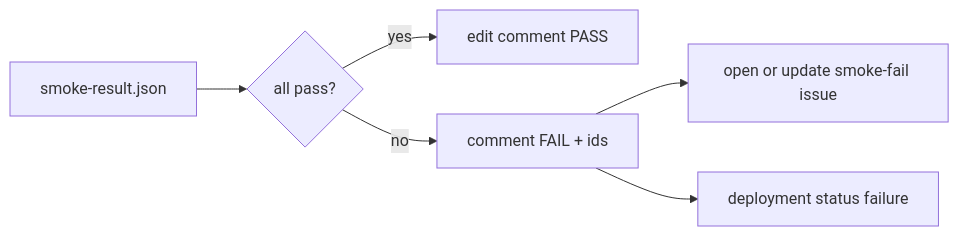
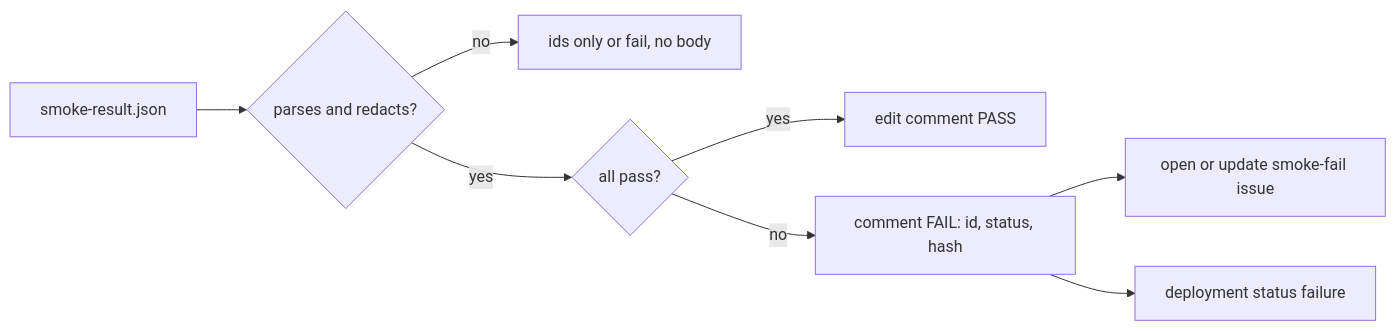
One commit to svennijhuis/agentic-workflows changed the first of 2 diagrams in docs/pbi/smoke/SM06.md. Above: the diagram before and after it, drawn with Mermaid. The commit also changed other lines of this file and 8 other files, not shown here.

````diff
--- a/docs/pbi/smoke/SM06.md
+++ b/docs/pbi/smoke/SM06.md
@@ -27,8 +38,10 @@
-  ```mermaid
-  flowchart LR
-    R[smoke-result.json] --> P{all pass?}
-    P -->|yes| C1[edit comment PASS]
-    P -->|no| C2[comment FAIL + ids]
-    C2 --> I[open or update smoke-fail issue]
-    C2 --> D[deployment status failure]
-  ```
+```mermaid
+flowchart LR
+  R[smoke-result.json] --> J{parses and redacts?}
+  J -->|no| X[ids only or fail, no body]
+  J -->|yes| P{all pass?}
+  P -->|yes| C1[edit comment PASS]
+  P -->|no| C2[comment FAIL: id, status, hash]
+  C2 --> I[open or update smoke-fail issue]
+  C2 --> D[deployment status failure]
+```
````
